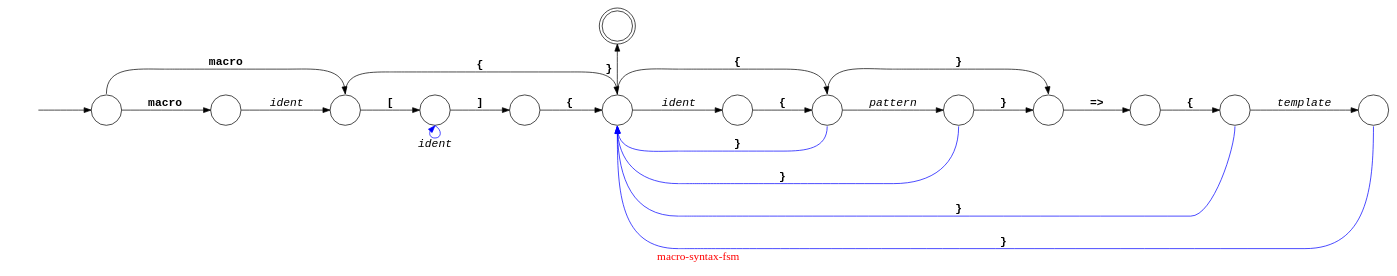
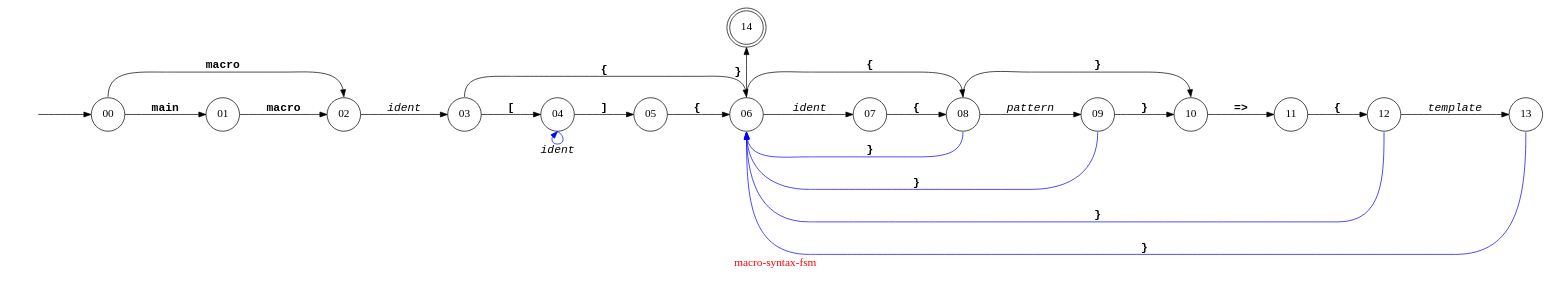
Before and after one commit to Ayyzee/dakota: the diagram in src/macro-system-parser/macro-syntax-fsm.dot, drawn with Graphviz. The commit also changed 2 other files, not shown here.

Commit message:
Added 'main' to macro defn decoration.

```diff
--- a/src/macro-system-parser/macro-syntax-fsm.dot
+++ b/src/macro-system-parser/macro-syntax-fsm.dot
@@ -1,61 +1,62 @@
 // Copyright (C) 2007 - 2015 Robert Nielsen <robert@dakota.org>
 //
 // Licensed under the Apache License, Version 2.0 (the "License");
 // you may not use this file except in compliance with the License.
 // You may obtain a copy of the License at
 //
 //      http://www.apache.org/licenses/LICENSE-2.0
 //
 // Unless required by applicable law or agreed to in writing, software
 // distributed under the License is distributed on an "AS IS" BASIS,
 // WITHOUT WARRANTIES OR CONDITIONS OF ANY KIND, either express or implied.
 // See the License for the specific language governing permissions and
 // limitations under the License.
 
 digraph "macro-syntax-fsm"
 {
   graph [ label = "\G", fontcolor = red, fontsize = 16 ];
   graph [ rankdir = "LR",
           center = true,
           //size = "7.5,10",
           //page = "8.5,11",
           ];
 
   node [ shape = circle, width = 0.6, fontsize = 16 ];
-  node [ label = "" ]; // comment out this line if you want the node names displayed
+  //node [ label = "" ]; // comment out this line if you want the node names displayed
 
   // on OS X/darwin it wants Courier-Bold and Courier-Oblique
   edge [ fontname = "Courier-Bold", minlen = 2.0, fontsize = 16 ];
 
-  00 [ style = invis ];
+  st [ style = invis ];
   14 [ shape = doublecircle ];
 
-  00 -> 01 [ weight = 5.0 ];
+  st -> 00 [ weight = 5.0 ];
+  00 -> 01 [ label = "main", weight = 5.0 ];
+  00 -> 02 [ label = "macro", tailport = n, headport = n ];
   01 -> 02 [ label = "macro", weight = 5.0 ];
-  01 -> 03 [ label = "macro", tailport = n, headport = n ];
   02 -> 03 [ label = "ident", weight = 5.0, fontname = "Courier-Oblique" ];
   03 -> 04 [ label = "[", weight = 5.0 ];
   03 -> 06 [ label = "{", tailport = n, headport = n ];
-  04 -> 04 [ label = "ident", fontname = "Courier-Oblique" tailport = s, headport = s, dir = back, color = blue ];
+  04 -> 04 [ label = "ident", fontname = "Courier-Oblique", tailport = s, headport = s, dir = back, color = blue ];
   04 -> 05 [ label = "]", weight = 5.0 ];
   05 -> 06 [ label = "{", weight = 5.0 ];
 
   06 -> 07 [ label = "ident", weight = 5.0, fontname = "Courier-Oblique" ];
   06 -> 08 [ label = "{", tailport = n, headport = n ];
   07 -> 08 [ label = "{", weight = 5.0 ];
   08 -> 06 [ label = "}", headport = s, tailport = s, color = blue ]; // back
   
   08 -> 09 [ label = "pattern", weight = 5.0, fontname = "Courier-Oblique" ];
   08 -> 10 [ label = "}", tailport = n, headport = n ];
   09 -> 06 [ label = "}", headport = s, tailport = s, color = blue ]; // back
 
   09 -> 10 [ label = "}", weight = 5.0 ];
   10 -> 11 [ label = "=>", weight = 5.0 ];
   11 -> 12 [ label = "{", weight = 5.0 ];
   12 -> 13 [ label = "template", weight = 5.0, fontname = "Courier-Oblique" ];
   12 -> 06 [ label = "}", headport = s, tailport = s, color = blue ]; // back
   13 -> 06 [ label = "}", headport = s, tailport = s, color = blue ]; // back
 
   14 -> 06 [ label = "}", dir = back ]; //tailport = n, headport = s ]; // instead of dir = back
   subgraph { graph [ rank = same ]; 06; 14; }
 }
```
